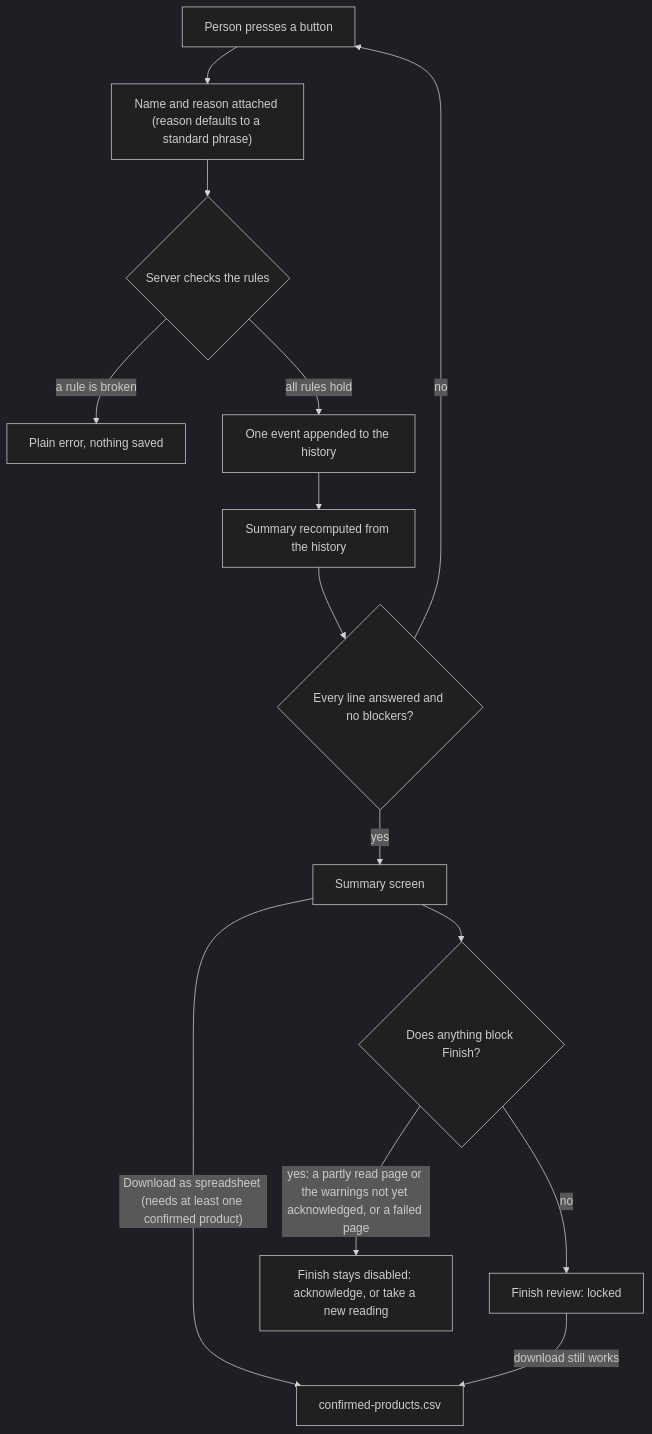
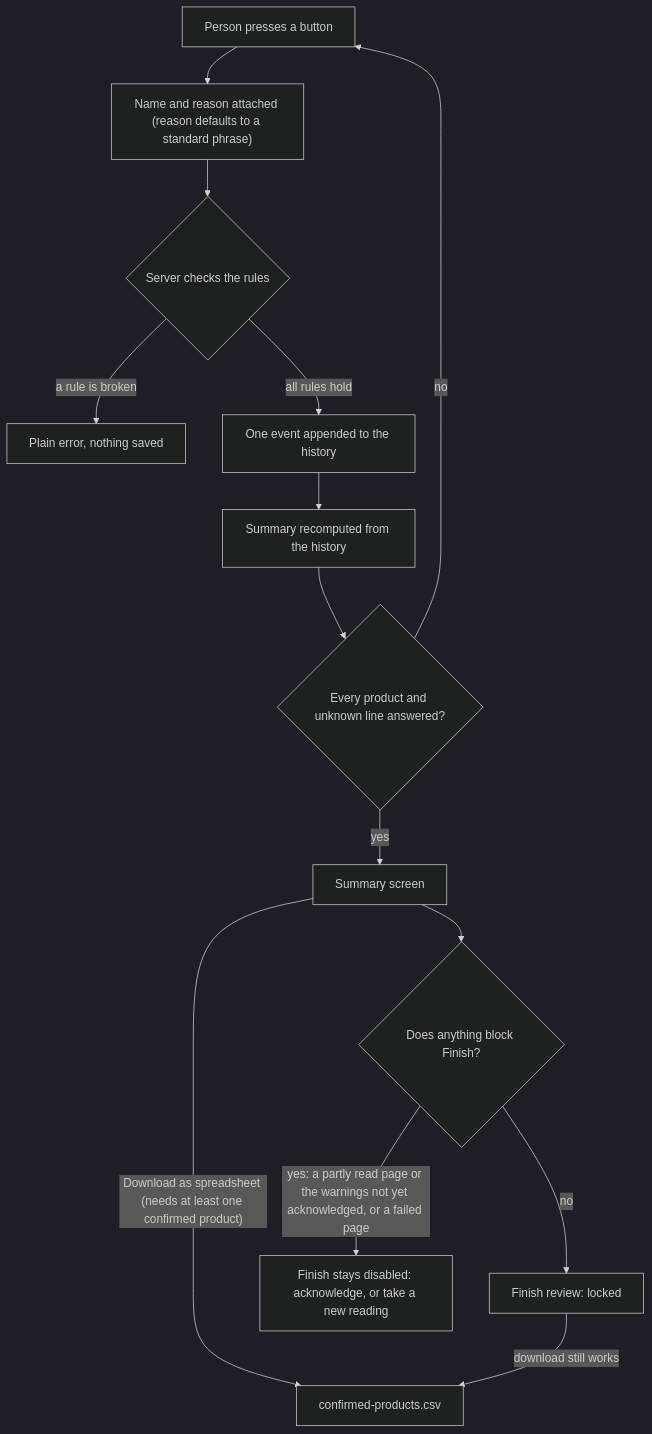
One commit to CarlitosRed/advance-po-reader changed the diagram in docs/how-it-works/06-decisions-and-saved-data.md. Above: the diagram before and after it, drawn with Mermaid (dark theme). The commit also changed other lines of this file and 10 other files, not shown here.

````diff
--- a/docs/how-it-works/06-decisions-and-saved-data.md
+++ b/docs/how-it-works/06-decisions-and-saved-data.md
@@ -22,16 +22,16 @@
 ```mermaid
 flowchart TD
   P["Person presses a button"] --> A["Name and reason attached (reason defaults to a standard phrase)"]
   A --> V{"Server checks the rules"}
   V -->|"a rule is broken"| E["Plain error, nothing saved"]
   V -->|"all rules hold"| W["One event appended to the history"]
   W --> S["Summary recomputed from the history"]
-  S --> F{"Every line answered and no blockers?"}
+  S --> F{"Every product and unknown line answered?"}
   F -->|"no"| P
   F -->|"yes"| SUMM["Summary screen"]
   SUMM -->|"Download as spreadsheet (needs at least one confirmed product)"| C["confirmed-products.csv"]
   SUMM --> B{"Does anything block Finish?"}
   B -->|"yes: a partly read page or the warnings not yet acknowledged, or a failed page"| K["Finish stays disabled: acknowledge, or take a new reading"]
   B -->|"no"| R["Finish review: locked"]
   R -->|"download still works"| C
 ```
````
